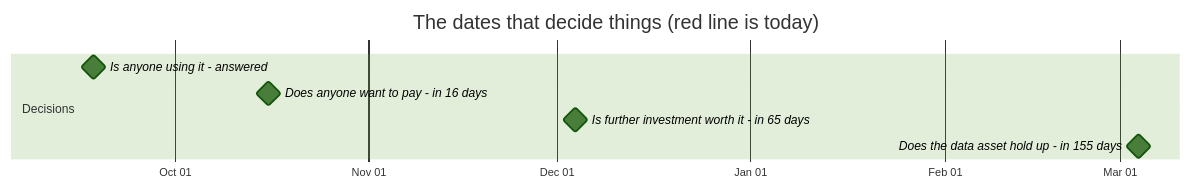
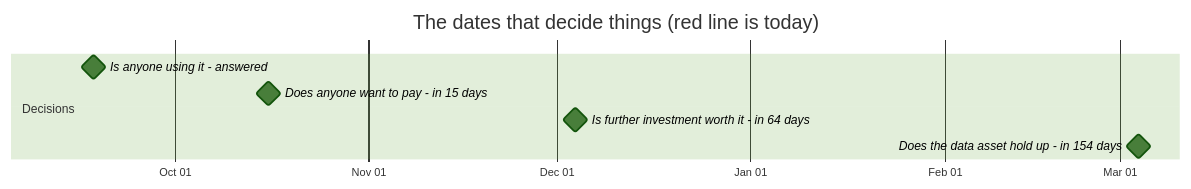
Before and after one commit to jakegu1/vetagent: the first of 2 diagrams in docs/OWNER.md, drawn with Mermaid (forest theme). The commit also changed other lines of this file, not shown here.

````diff
--- a/docs/OWNER.md
+++ b/docs/OWNER.md
@@ -67,12 +67,12 @@
 ```mermaid
 gantt
     dateFormat YYYY-MM-DD
     axisFormat %b %d
     todayMarker stroke-width:3px,stroke:#d33,stroke-dasharray:0
     title The dates that decide things (red line is today)
     section Decisions
     Is anyone using it - answered :milestone, 2026-09-18, 0d
-    Does anyone want to pay - in 16 days :milestone, 2026-10-16, 0d
-    Is further investment worth it - in 65 days :milestone, 2026-12-04, 0d
-    Does the data asset hold up - in 155 days :milestone, 2027-03-04, 0d
+    Does anyone want to pay - in 15 days :milestone, 2026-10-16, 0d
+    Is further investment worth it - in 64 days :milestone, 2026-12-04, 0d
+    Does the data asset hold up - in 154 days :milestone, 2027-03-04, 0d
 ```
````
